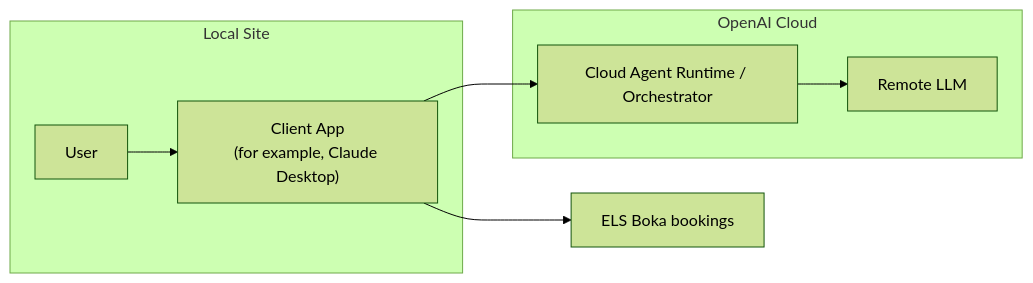
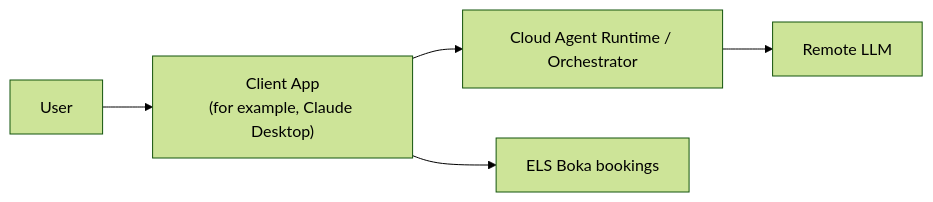
The diagram in washing-machine-electrolux-booking/README.md (shurick81/skills-home), drawn with Mermaid (forest theme) before and after one commit. The commit also changed other lines of this file, not shown here.

````diff
--- a/washing-machine-electrolux-booking/README.md
+++ b/washing-machine-electrolux-booking/README.md
@@ -10,19 +10,15 @@
 ```mermaid
 flowchart LR
-  subgraph User_Side["Local Site"]
-    U[User]
-    A["Client App<br/>(for example, Claude Desktop)"]
-    U --> A
-  end
+  U[User]
+  A["Client App<br/>(for example, Claude Desktop)"]
 
-  subgraph OpenAI_Cloud["OpenAI Cloud"]
-    C[Cloud Agent Runtime / Orchestrator]
-    L[Remote LLM]
-    C --> L
-  end
+  R[Cloud Agent Runtime / Orchestrator]
+  L[Remote LLM]
 
   E[ELS Boka bookings]
 
-  A --> C
+  U --> A
+  R --> L
+  A --> R
   A --> E
 ```
````
